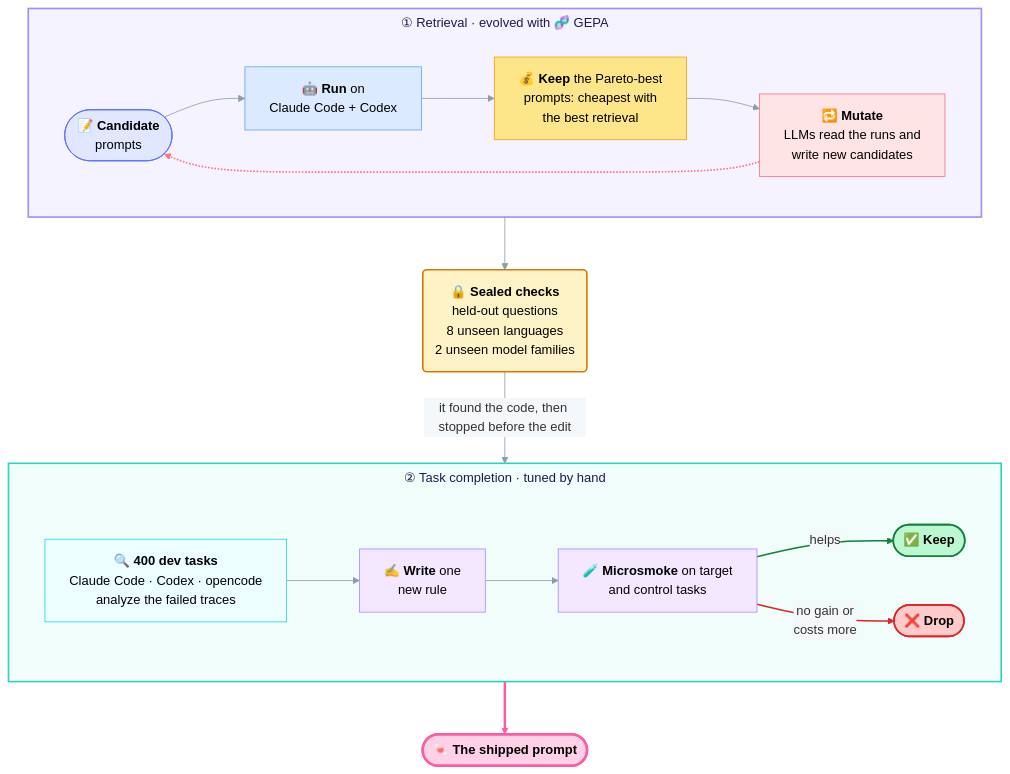
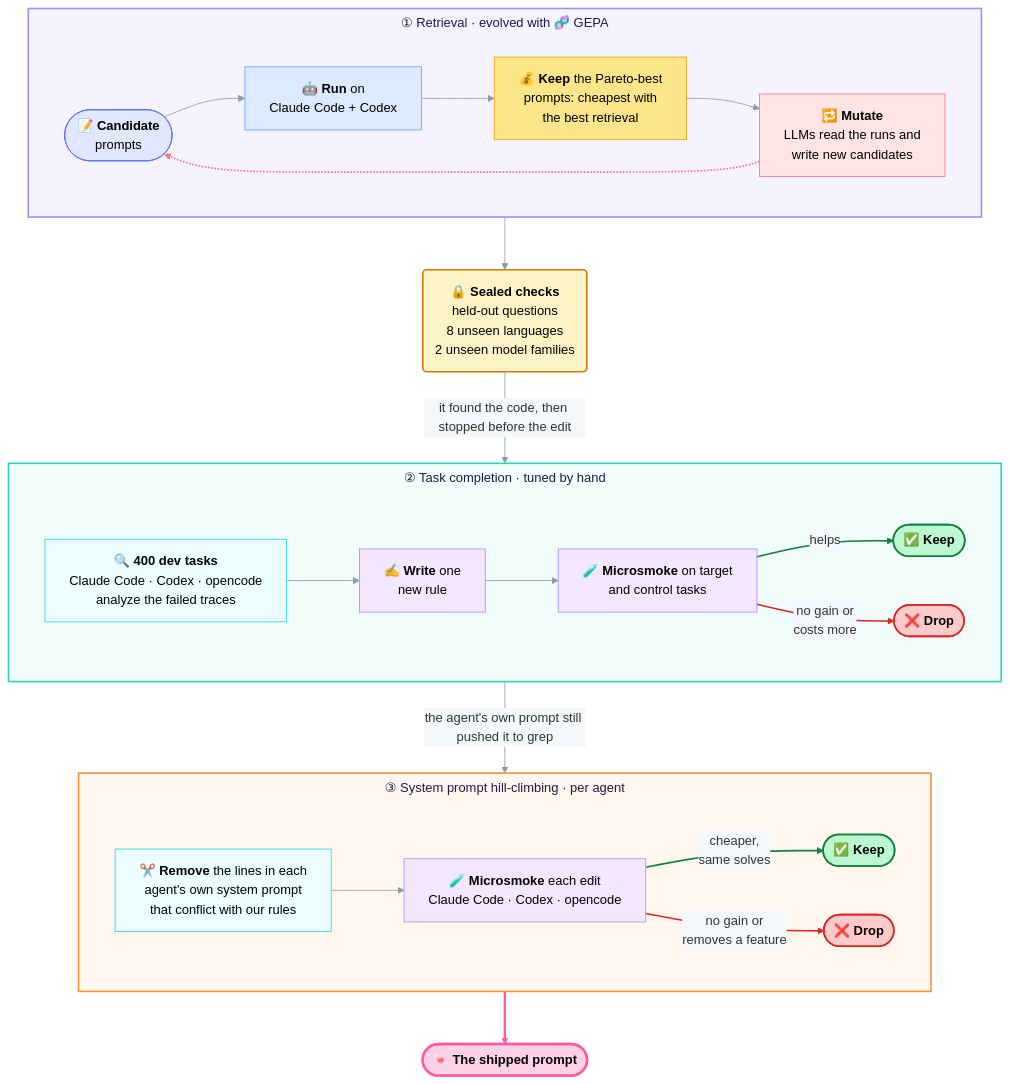
One commit to mrsladoje/sweet-search changed the second of 2 diagrams in README.md. Above: the diagram before and after it, drawn with Mermaid. The commit also changed other lines of this file, not shown here.

Commit message:
readme: add step 3, system prompt hill-climbing, to The System Prompt

````diff
--- a/README.md
+++ b/README.md
@@ -879,51 +879,63 @@
 ```mermaid
 %%{init: {"theme": "base", "themeVariables": {"titleColor": "#1e1b4b", "textColor": "#1e1b4b", "lineColor": "#8e9baa", "edgeLabelBackground": "#f4f8fb"}, "themeCSS": ".cluster-label span { font-size: 19px; font-weight: 700; }", "flowchart": {"wrappingWidth": 400, "rankSpacing": 65, "nodeSpacing": 60, "subGraphTitleMargin": {"top": 6, "bottom": 14}}}}%%
 flowchart TB
     subgraph S1["① Retrieval · evolved with 🧬 GEPA"]
         direction LR
         A(["📝 <b>Candidate</b><br/>prompts"]) --> B["🤖 <b>Run</b> on<br/>Claude Code + Codex"]
         B --> C["💰 <b>Keep</b> the Pareto-best<br/>prompts: cheapest with<br/>the best retrieval"]
         C --> D["🔁 <b>Mutate</b><br/>LLMs read the runs and<br/>write new candidates"]
         D -.-> A
     end
     S1 --> V("🔒 <b>Sealed checks</b><br/>held-out questions<br/>8 unseen languages<br/>2 unseen model families")
     V -->|"it found the code, then stopped before the edit"| S2
     subgraph S2["② Task completion · tuned by hand"]
         direction LR
         E["🔍 <b>400 dev tasks</b><br/>Claude Code · Codex · opencode<br/>analyze the failed traces"] --> F["✍️ <b>Write</b> one<br/>new rule"]
         F --> G["🧪 <b>Microsmoke</b> on target<br/>and control tasks"]
         G -->|"helps"| H(["✅ <b>Keep</b>"])
         G -->|"no gain or<br/>costs more"| I(["❌ <b>Drop</b>"])
     end
-    S2 ==> P(["🍬 <b>The shipped prompt</b>"])
+    S2 -->|"the agent's own prompt still pushed it to grep"| S3
+    subgraph S3["③ System prompt hill-climbing · per agent"]
+        direction LR
+        J["✂️ <b>Remove</b> the lines in each<br/>agent's own system prompt<br/>that conflict with our rules"] --> K["🧪 <b>Microsmoke</b> each edit<br/>Claude Code · Codex · opencode"]
+        K -->|"cheaper,<br/>same solves"| M(["✅ <b>Keep</b>"])
+        K -->|"no gain or<br/>removes a feature"| N(["❌ <b>Drop</b>"])
+    end
+    S3 ==> P(["🍬 <b>The shipped prompt</b>"])
 
     classDef cand  fill:#e0e7ff,stroke:#596fff,color:#000;
     classDef run   fill:#dbeafe,stroke:#60a5fa,color:#000;
     classDef score fill:#fde68a,stroke:#f59e0b,color:#000;
     classDef llm   fill:#ffe4e6,stroke:#fb7185,color:#000;
     classDef seal  fill:#fef3c7,stroke:#d97706,color:#000,stroke-width:2px;
     classDef dig   fill:#ecfeff,stroke:#22d3ee,color:#000;
     classDef rule  fill:#f3e8ff,stroke:#a78bfa,color:#000;
     classDef keep  fill:#bbf7d0,stroke:#15803d,color:#000,stroke-width:2px;
     classDef drop  fill:#fecaca,stroke:#dc2626,color:#000,stroke-width:2px;
     classDef ship  fill:#ffd1e6,stroke:#ff5ba3,color:#000,stroke-width:3px;
 
     class A cand;
     class B run;
     class C score;
     class D llm;
     class V seal;
     class E dig;
     class F,G rule;
-    class H keep;
-    class I drop;
+    class H,M keep;
+    class I,N drop;
+    class J dig;
+    class K rule;
     class P ship;
 
     style S1 fill:#f5f3ff,stroke:#a78bfa,stroke-width:2px;
     style S2 fill:#f0fdfa,stroke:#2dd4bf,stroke-width:2px;
+    style S3 fill:#fff7ed,stroke:#fb923c,stroke-width:2px;
 
     linkStyle 3 stroke:#fb7185,stroke-width:2px;
     linkStyle 8 stroke:#15803d,stroke-width:2px;
     linkStyle 9 stroke:#dc2626,stroke-width:2px;
-    linkStyle 10 stroke:#ff5ba3,stroke-width:3px;
+    linkStyle 12 stroke:#15803d,stroke-width:2px;
+    linkStyle 13 stroke:#dc2626,stroke-width:2px;
+    linkStyle 14 stroke:#ff5ba3,stroke-width:3px;
 ```
````
